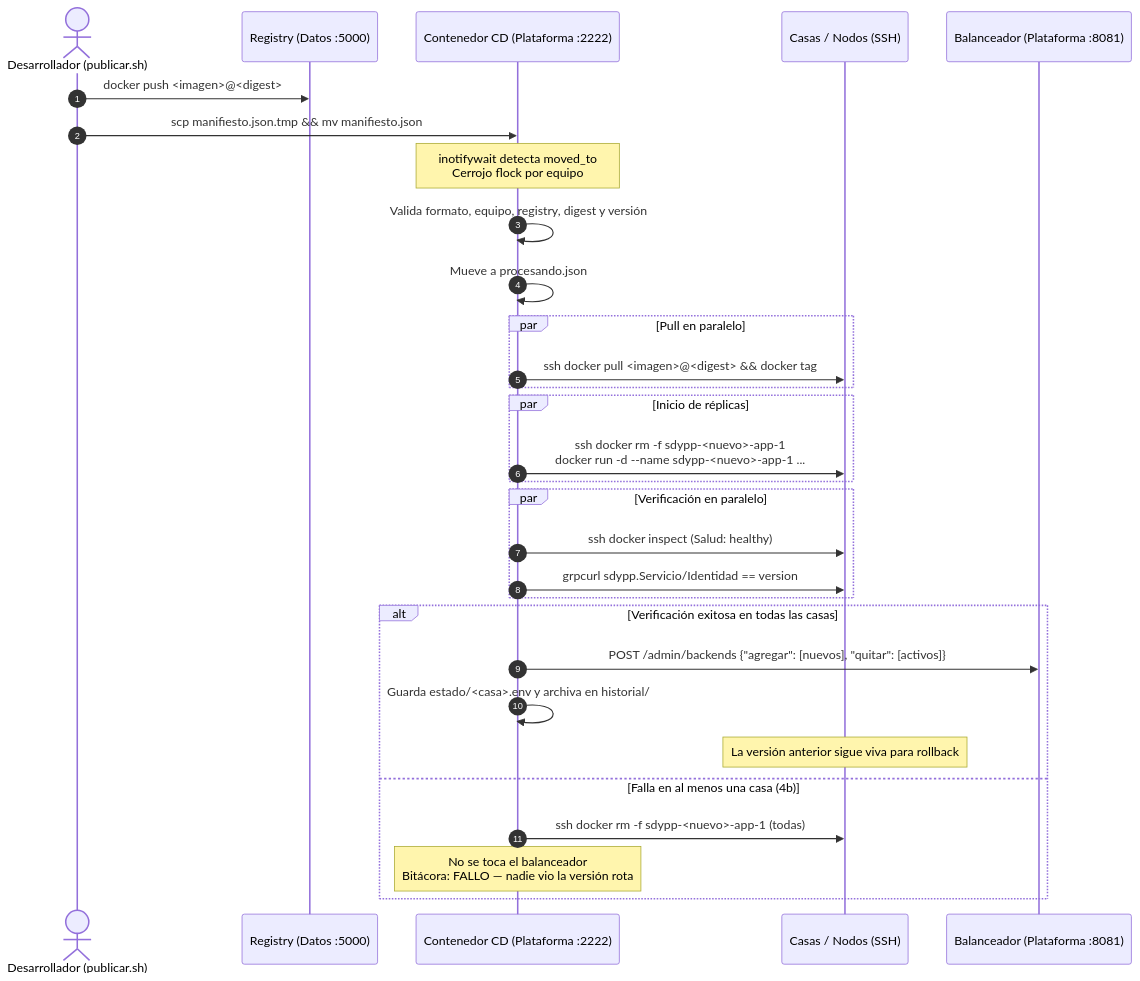
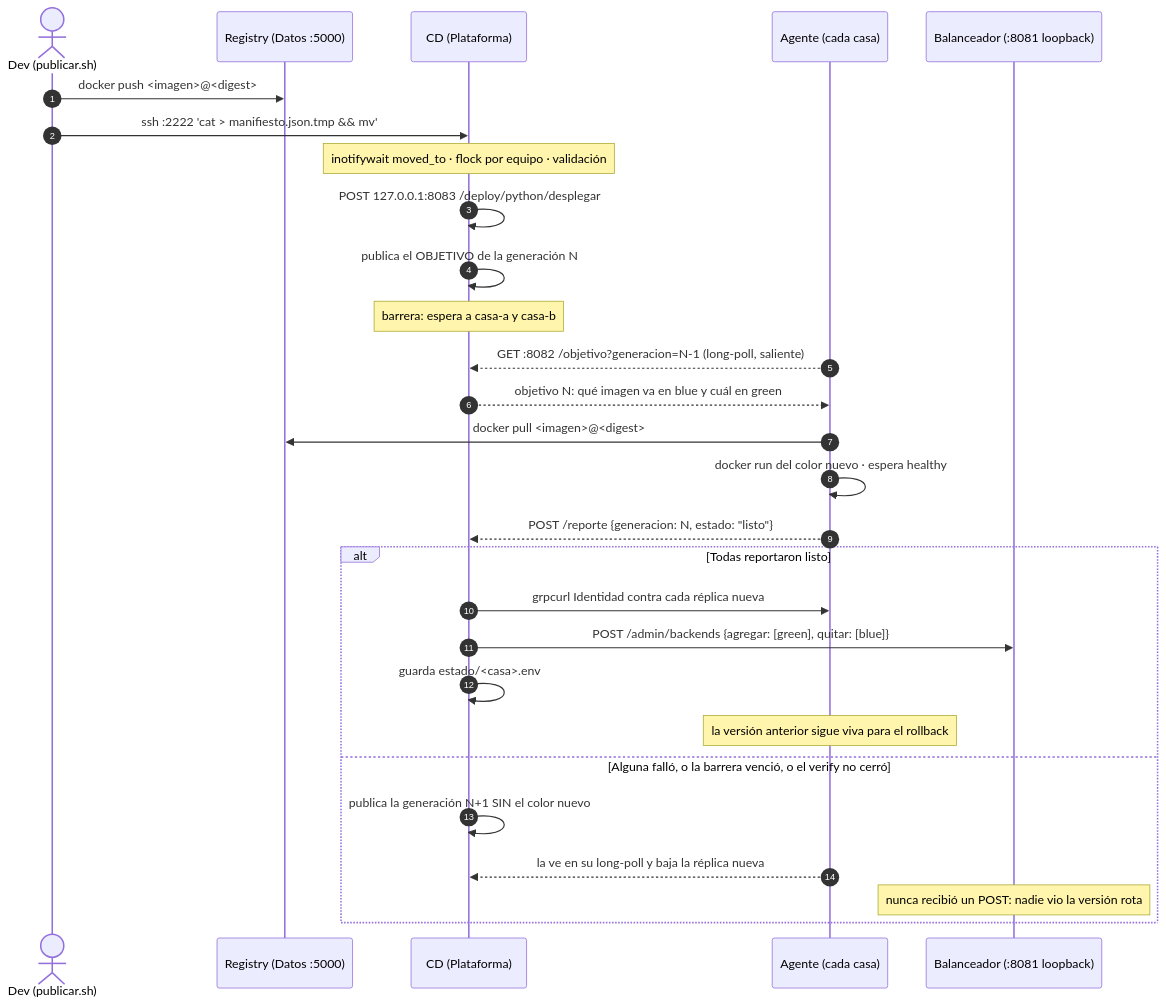
Before and after one commit to SDyPPTpGrupal/sdypp_cd: the diagram in README.md, drawn with Mermaid. The commit also changed other lines of this file and 21 other files, not shown here.

````diff
--- a/README.md
+++ b/README.md
@@ -12,33 +35,33 @@
 ```mermaid
 sequenceDiagram
     autonumber
-    actor Dev as Desarrollador (publicar.sh)
+    actor Dev as Dev (publicar.sh)
     participant Reg as Registry (Datos :5000)
-    participant CD as Contenedor CD (Plataforma :2222)
-    participant Casas as Casas / Nodos (SSH)
-    participant Bal as Balanceador (Plataforma :8081)
+    participant CD as CD (Plataforma)
+    participant Ag as Agente (cada casa)
+    participant Bal as Balanceador (:8081 loopback)
 
     Dev->>Reg: docker push <imagen>@<digest>
-    Dev->>CD: scp manifiesto.json.tmp && mv manifiesto.json
-    Note over CD: inotifywait detecta moved_to<br/>Cerrojo flock por equipo
-    CD->>CD: Valida formato, equipo, registry, digest y versión
-    CD->>CD: Mueve a procesando.json
-    par Pull en paralelo
-        CD->>Casas: ssh docker pull <imagen>@<digest> && docker tag
-    end
-    par Inicio de réplicas
-        CD->>Casas: ssh docker rm -f sdypp-<nuevo>-app-1<br/>docker run -d --name sdypp-<nuevo>-app-1 ...
-    end
-    par Verificación en paralelo
-        CD->>Casas: ssh docker inspect (Salud: healthy)
-        CD->>Casas: grpcurl sdypp.Servicio/Identidad == version
-    end
-    alt Verificación exitosa en todas las casas
-        CD->>Bal: POST /admin/backends {"agregar": [nuevos], "quitar": [activos]}
-        CD->>CD: Guarda estado/<casa>.env y archiva en historial/
-        Note over Casas: La versión anterior sigue viva para rollback
-    else Falla en al menos una casa (4b)
-        CD->>Casas: ssh docker rm -f sdypp-<nuevo>-app-1 (todas)
-        Note over CD: No se toca el balanceador<br/>Bitácora: FALLO — nadie vio la versión rota
+    Dev->>CD: ssh :2222 'cat > manifiesto.json.tmp && mv'
+    Note over CD: inotifywait moved_to · flock por equipo · validación
+    CD->>CD: POST 127.0.0.1:8083 /deploy/python/desplegar
+    CD->>CD: publica el OBJETIVO de la generación N
+    Note over CD: barrera: espera a casa-a y casa-b
+
+    Ag-->>CD: GET :8082 /objetivo?generacion=N-1 (long-poll, saliente)
+    CD-->>Ag: objetivo N: qué imagen va en blue y cuál en green
+    Ag->>Reg: docker pull <imagen>@<digest>
+    Ag->>Ag: docker run del color nuevo · espera healthy
+    Ag-->>CD: POST /reporte {generacion: N, estado: "listo"}
+
+    alt Todas reportaron listo
+        CD->>Ag: grpcurl Identidad contra cada réplica nueva
+        CD->>Bal: POST /admin/backends {agregar: [green], quitar: [blue]}
+        CD->>CD: guarda estado/<casa>.env
+        Note over Ag: la versión anterior sigue viva para el rollback
+    else Alguna falló, o la barrera venció, o el verify no cerró
+        CD->>CD: publica la generación N+1 SIN el color nuevo
+        Ag-->>CD: la ve en su long-poll y baja la réplica nueva
+        Note over Bal: nunca recibió un POST: nadie vio la versión rota
     end
 ```
````
